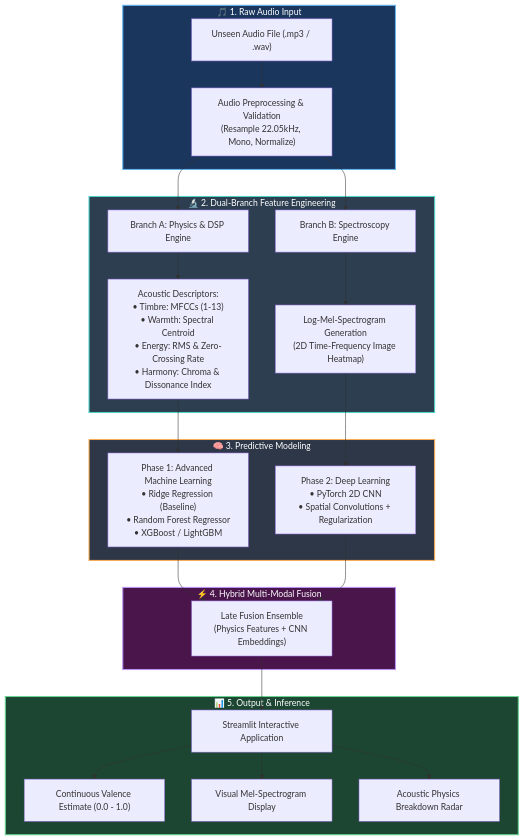
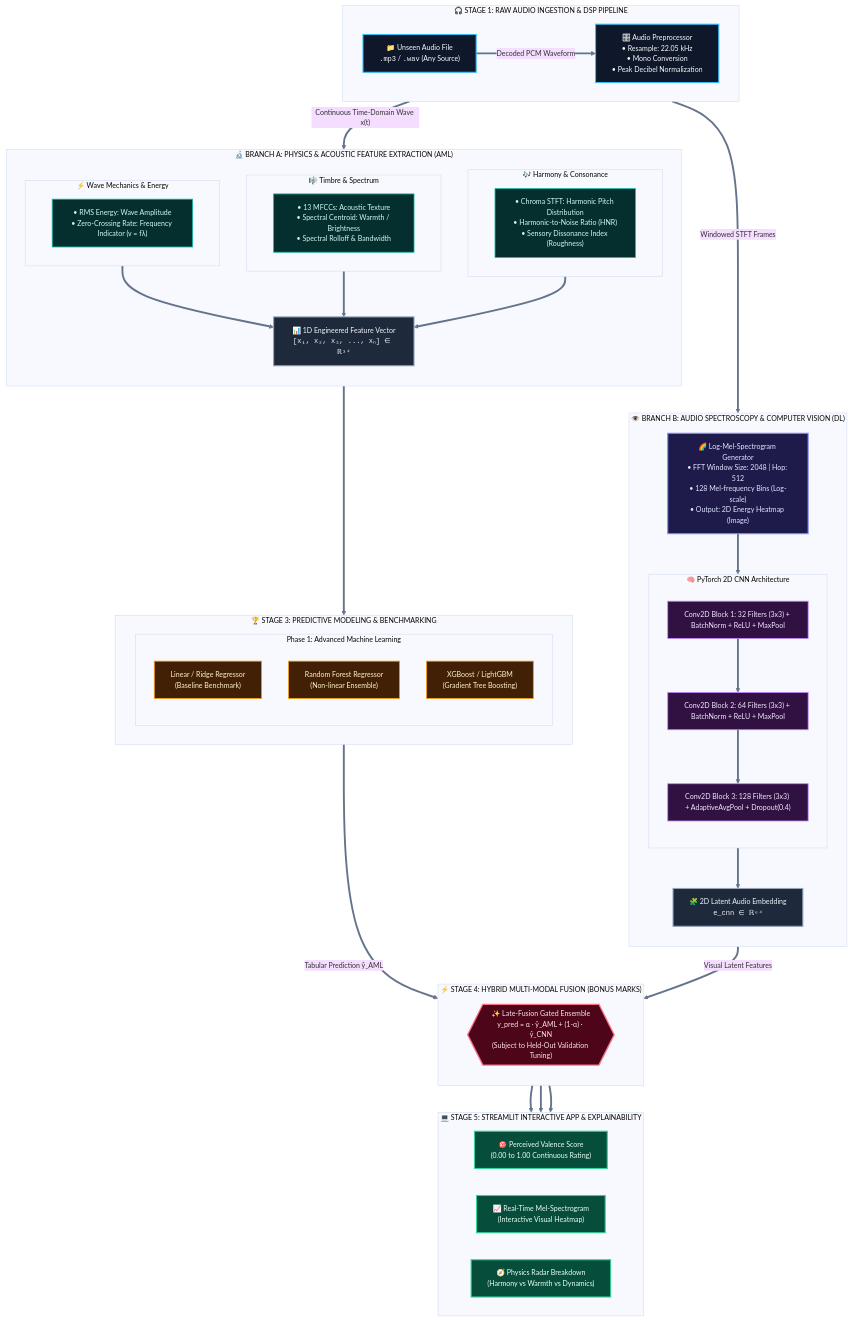
The diagram in README.md (adnan275/HarmoniX), drawn with Mermaid before and after one commit.

Commit message:
docs: upgrade architecture diagram with multi-stage flow and theme styling

````diff
--- a/README.md
+++ b/README.md
@@ -27,38 +27,78 @@
 ```mermaid
-flowchart TD
-    subgraph INPUT["🎵 1. Raw Audio Input"]
-        A["Unseen Audio File (.mp3 / .wav)"]
-        A --> B["Audio Preprocessing & Validation<br/>(Resample 22.05kHz, Mono, Normalize)"]
+%%{init: {'theme': 'base', 'themeVariables': { 'fontFamily': 'Inter, system-ui, sans-serif', 'fontSize': '13px', 'lineColor': '#64748b' }}}%%
+flowchart TB
+
+    subgraph S1["🎧 STAGE 1: RAW AUDIO INGESTION & DSP PIPELINE"]
+        direction LR
+        RAW["📁 Unseen Audio File<br/><code>.mp3</code> / <code>.wav</code> (Any Source)"]:::inputNode
+        PRE["🎛️ Audio Preprocessor<br/>• Resample: 22.05 kHz<br/>• Mono Conversion<br/>• Peak Decibel Normalization"]:::inputNode
+        RAW ==>|"Decoded PCM Waveform"| PRE
     end
 
-    subgraph DUAL_BRANCH["🔬 2. Dual-Branch Feature Engineering"]
-        B --> C1["Branch A: Physics & DSP Engine"]
-        B --> C2["Branch B: Spectroscopy Engine"]
+    PRE ==>|"Continuous Time-Domain Wave x(t)"| S2A
+    PRE ==>|"Windowed STFT Frames"| S2B
 
-        C1 --> D1["Acoustic Descriptors:<br/>• Timbre: MFCCs (1-13)<br/>• Warmth: Spectral Centroid<br/>• Energy: RMS & Zero-Crossing Rate<br/>• Harmony: Chroma & Dissonance Index"]
-        C2 --> D2["Log-Mel-Spectrogram Generation<br/>(2D Time-Frequency Image Heatmap)"]
+    subgraph S2A["🔬 BRANCH A: PHYSICS & ACOUSTIC FEATURE EXTRACTION (AML)"]
+        direction TB
+        subgraph P1["⚡ Wave Mechanics & Energy"]
+            F_ENERGY["• RMS Energy: Wave Amplitude<br/>• Zero-Crossing Rate: Frequency Indicator (v = fλ)"]:::dspNode
+        end
+        subgraph P2["🎼 Timbre & Spectrum"]
+            F_SPEC["• 13 MFCCs: Acoustic Texture<br/>• Spectral Centroid: Warmth / Brightness<br/>• Spectral Rolloff & Bandwidth"]:::dspNode
+        end
+        subgraph P3["🎶 Harmony & Consonance"]
+            F_HARM["• Chroma STFT: Harmonic Pitch Distribution<br/>• Harmonic-to-Noise Ratio (HNR)<br/>• Sensory Dissonance Index (Roughness)"]:::dspNode
+        end
+        VEC["📊 1D Engineered Feature Vector<br/><code>[x₁, x₂, x₃, ..., xₙ] ∈ ℝ³⁴</code>"]:::featNode
+        P1 & P2 & P3 ==> VEC
     end
 
-    subgraph MODELS["🧠 3. Predictive Modeling"]
-        D1 --> E1["Phase 1: Advanced Machine Learning<br/>• Ridge Regression (Baseline)<br/>• Random Forest Regressor<br/>• XGBoost / LightGBM"]
-        D2 --> E2["Phase 2: Deep Learning<br/>• PyTorch 2D CNN<br/>• Spatial Convolutions + Regularization"]
+    subgraph S2B["👁️ BRANCH B: AUDIO SPECTROSCOPY & COMPUTER VISION (DL)"]
+        direction TB
+        MEL["🌈 Log-Mel-Spectrogram Generator<br/>• FFT Window Size: 2048 | Hop: 512<br/>• 128 Mel-frequency Bins (Log-scale)<br/>• Output: 2D Energy Heatmap (Image)"]:::specNode
+        
+        subgraph CNN_ARCH["🧠 PyTorch 2D CNN Architecture"]
+            direction TB
+            C1["Conv2D Block 1: 32 Filters (3x3) + BatchNorm + ReLU + MaxPool"]:::dlNode
+            C2["Conv2D Block 2: 64 Filters (3x3) + BatchNorm + ReLU + MaxPool"]:::dlNode
+            C3["Conv2D Block 3: 128 Filters (3x3) + AdaptiveAvgPool + Dropout(0.4)"]:::dlNode
+            C1 ==> C2 ==> C3
+        end
+        EMB["🧩 2D Latent Audio Embedding<br/><code>e_cnn ∈ ℝ⁶⁴</code>"]:::featNode
+        MEL ==> CNN_ARCH ==> EMB
     end
 
-    subgraph HYBRID["⚡ 4. Hybrid Multi-Modal Fusion"]
-        E1 --> F["Late Fusion Ensemble<br/>(Physics Features + CNN Embeddings)"]
-        E2 --> F
+    subgraph S3["🏆 STAGE 3: PREDICTIVE MODELING & BENCHMARKING"]
+        direction LR
+        subgraph ML_MODELS["Phase 1: Advanced Machine Learning"]
+            M1["Linear / Ridge Regressor<br/>(Baseline Benchmark)"]:::mlNode
+            M2["Random Forest Regressor<br/>(Non-linear Ensemble)"]:::mlNode
+            M3["XGBoost / LightGBM<br/>(Gradient Tree Boosting)"]:::mlNode
+        end
+        VEC ==> ML_MODELS
     end
 
-    subgraph OUTPUT["📊 5. Output & Inference"]
-        F --> G["Streamlit Interactive Application"]
-        G --> H1["Continuous Valence Estimate (0.0 - 1.0)"]
-        G --> H2["Visual Mel-Spectrogram Display"]
-        G --> H3["Acoustic Physics Breakdown Radar"]
+    subgraph S4["⚡ STAGE 4: HYBRID MULTI-MODAL FUSION (BONUS MARKS)"]
+        direction TB
+        FUSION{{"✨ Late-Fusion Gated Ensemble<br/>y_pred = α · ŷ_AML + (1-α) · ŷ_CNN<br/>(Subject to Held-Out Validation Tuning)"}}:::fusionNode
+        ML_MODELS ==>|"Tabular Prediction ŷ_AML"| FUSION
+        EMB ==>|"Visual Latent Features"| FUSION
     end
 
-    style INPUT fill:#1a365d,stroke:#63b3ed,stroke-width:2px,color:#fff
-    style DUAL_BRANCH fill:#2c3e50,stroke:#4fd1c5,stroke-width:2px,color:#fff
-    style MODELS fill:#2d3748,stroke:#f6ad55,stroke-width:2px,color:#fff
-    style HYBRID fill:#4a154b,stroke:#b794f4,stroke-width:2px,color:#fff
-    style OUTPUT fill:#1c4532,stroke:#68d391,stroke-width:2px,color:#fff
+    subgraph S5["💻 STAGE 5: STREAMLIT INTERACTIVE APP & EXPLAINABILITY"]
+        direction LR
+        OUT1["🎯 Perceived Valence Score<br/>(0.00 to 1.00 Continuous Rating)"]:::outNode
+        OUT2["📈 Real-Time Mel-Spectrogram<br/>(Interactive Visual Heatmap)"]:::outNode
+        OUT3["🧭 Physics Radar Breakdown<br/>(Harmony vs Warmth vs Dynamics)"]:::outNode
+        FUSION ==> OUT1 & OUT2 & OUT3
+    end
+
+    classDef inputNode fill:#0f172a,stroke:#38bdf8,stroke-width:2px,color:#f8fafc;
+    classDef dspNode fill:#042f2e,stroke:#14b8a6,stroke-width:1.5px,color:#ccfbf1;
+    classDef specNode fill:#1e1b4b,stroke:#818cf8,stroke-width:2px,color:#e0e7ff;
+    classDef dlNode fill:#311042,stroke:#c084fc,stroke-width:1.5px,color:#f3e8ff;
+    classDef mlNode fill:#422006,stroke:#f59e0b,stroke-width:1.5px,color:#fef3c7;
+    classDef featNode fill:#1e293b,stroke:#94a3b8,stroke-width:2px,color:#f1f5f9;
+    classDef fusionNode fill:#4c0519,stroke:#fb7185,stroke-width:2.5px,color:#ffe4e6;
+    classDef outNode fill:#064e3b,stroke:#34d399,stroke-width:2px,color:#ecfdf5;
 ```
````
